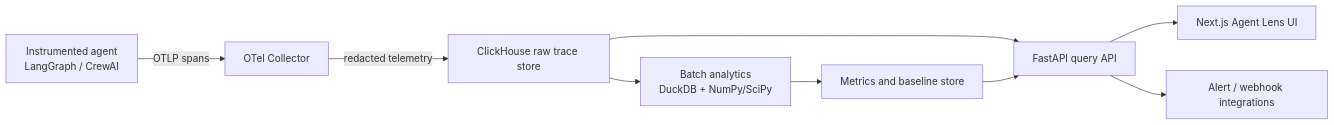
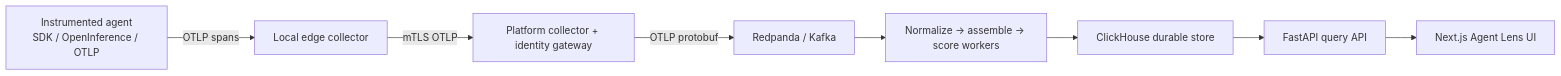
The diagram in docs/agentlens-architecture.md (Senthilsivam41/agentlens), drawn with Mermaid before and after one commit. The commit also changed other lines of this file and 17 other files, not shown here.

Commit message:
Resolve Agent Lens architecture drift findings

````diff
--- a/docs/agentlens-architecture.md
+++ b/docs/agentlens-architecture.md
@@ -39,11 +40,10 @@
 ```mermaid
 flowchart LR
-  A["Instrumented agent\nLangGraph / CrewAI"] -->|"OTLP spans"| C["OTel Collector"]
-  C -->|"redacted telemetry"| D["ClickHouse raw trace store"]
-  D --> E["Batch analytics\nDuckDB + NumPy/SciPy"]
-  E --> M["Metrics and baseline store"]
+  A["Instrumented agent\nSDK / OpenInference / OTLP"] -->|"OTLP spans"| E["Local edge collector"]
+  E -->|"mTLS OTLP"| G["Platform collector + identity gateway"]
+  G -->|"OTLP protobuf"| K["Redpanda / Kafka"]
+  K --> N["Normalize → assemble → score workers"]
+  N --> D["ClickHouse durable store"]
   D --> B["FastAPI query API"]
-  M --> B
   B --> U["Next.js Agent Lens UI"]
-  B --> N["Alert / webhook integrations"]
 ```
````
